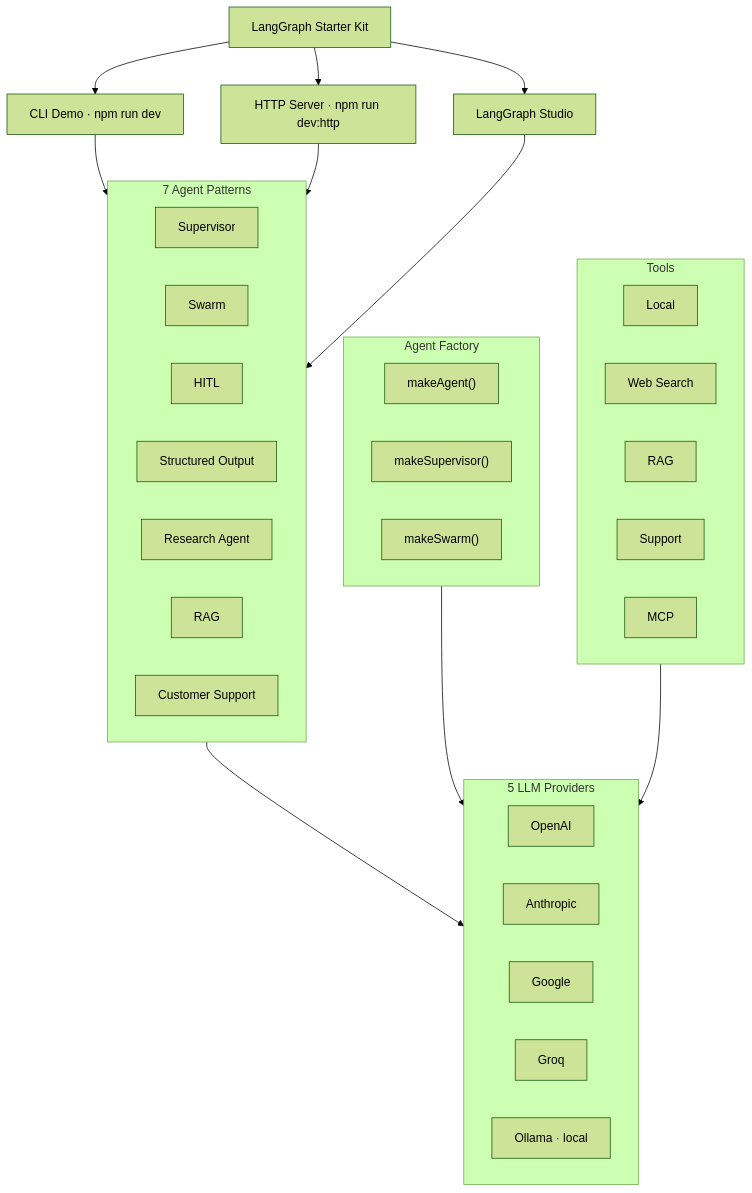
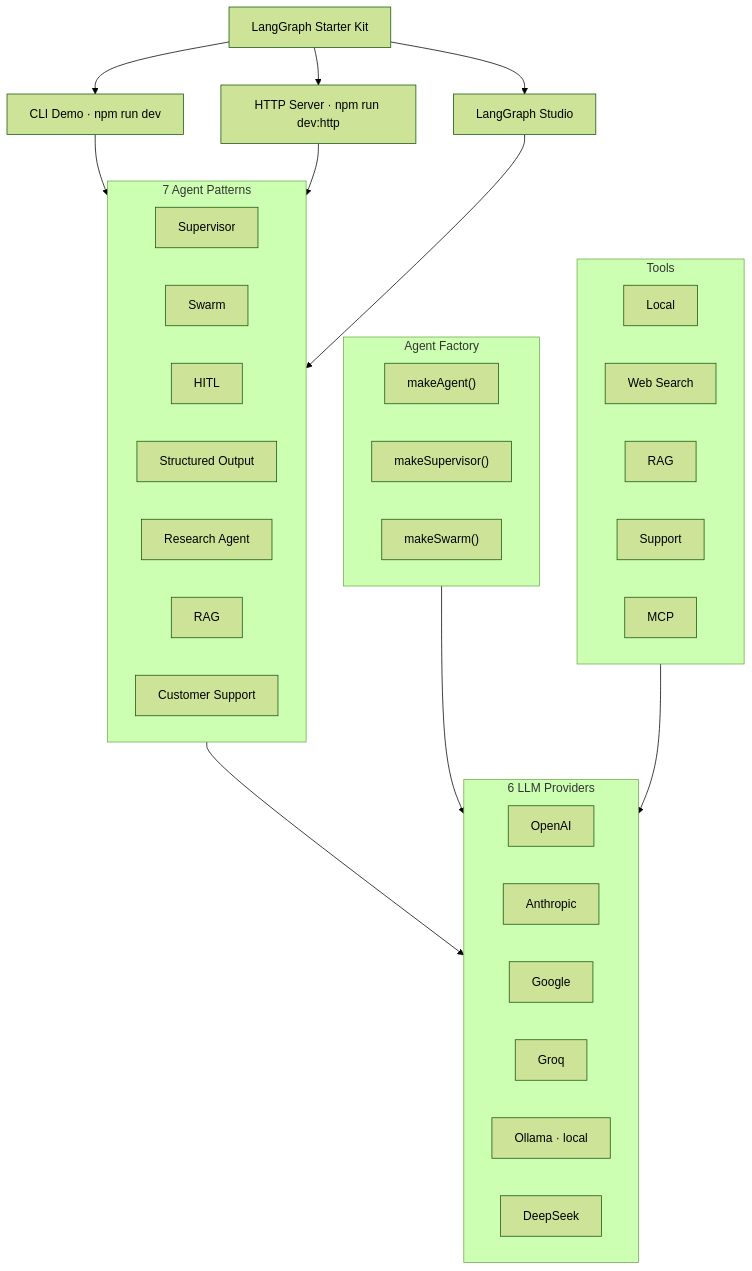
Before and after one commit to JinhangHE126/langgraph-starter-kit: the diagram in README.md, drawn with Mermaid (forest theme). The commit also changed other lines of this file and 10 other files, not shown here.

First line of the commit message:
feat: add DeepSeek as an LLM provider (#1)

````diff
--- a/README.md
+++ b/README.md
@@ -47,46 +47,47 @@
 ```mermaid
 graph TD
     A[LangGraph Starter Kit] --> B["CLI Demo · npm run dev"]
     A --> C["HTTP Server · npm run dev:http"]
     A --> D[LangGraph Studio]
 
     B --> P
     C --> P
     D --> P
 
     subgraph P["7 Agent Patterns"]
         P1[Supervisor]
         P2[Swarm]
         P3[HITL]
         P4[Structured Output]
         P5[Research Agent]
         P6[RAG]
         P7[Customer Support]
     end
 
     subgraph F["Agent Factory"]
         F1["makeAgent()"]
         F2["makeSupervisor()"]
         F3["makeSwarm()"]
     end
 
     subgraph T["Tools"]
         T1[Local]
         T2[Web Search]
         T3[RAG]
         T4[Support]
         T5[MCP]
     end
 
     P --> L
     F --> L
     T --> L
 
-    subgraph L["5 LLM Providers"]
+    subgraph L["6 LLM Providers"]
         L1[OpenAI]
         L2[Anthropic]
         L3[Google]
         L4[Groq]
         L5["Ollama · local"]
+        L6[DeepSeek]
     end
 ```
````
